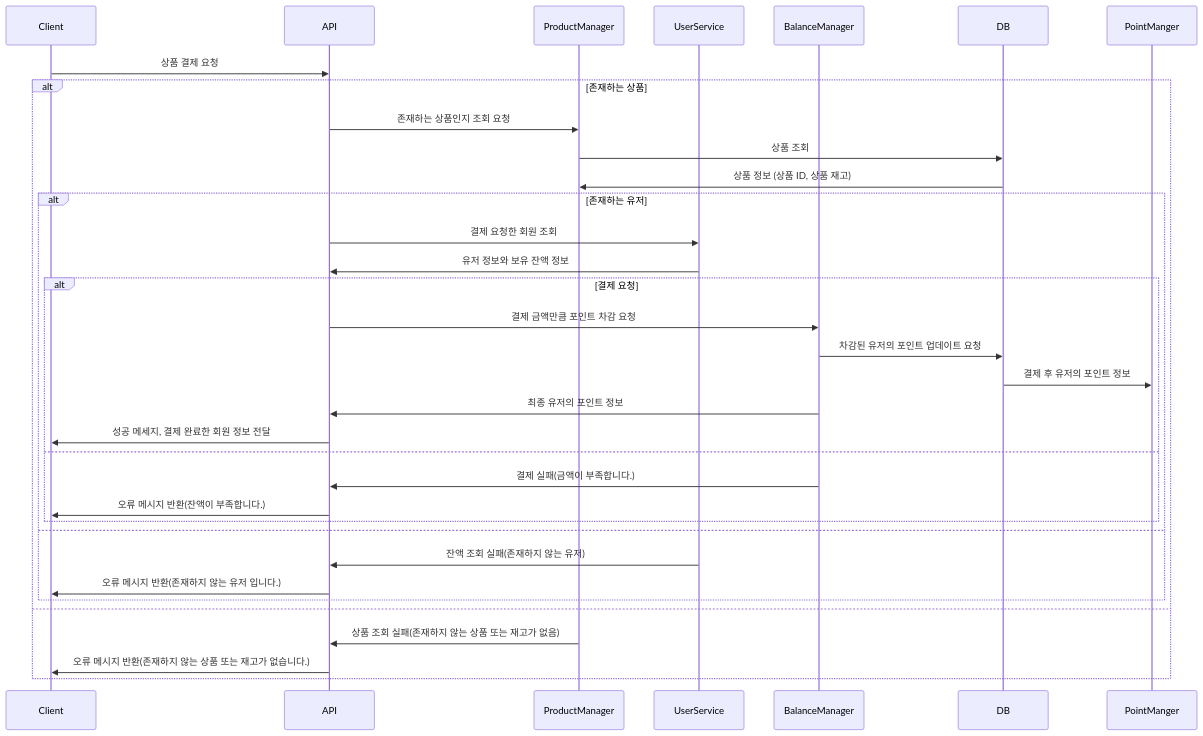
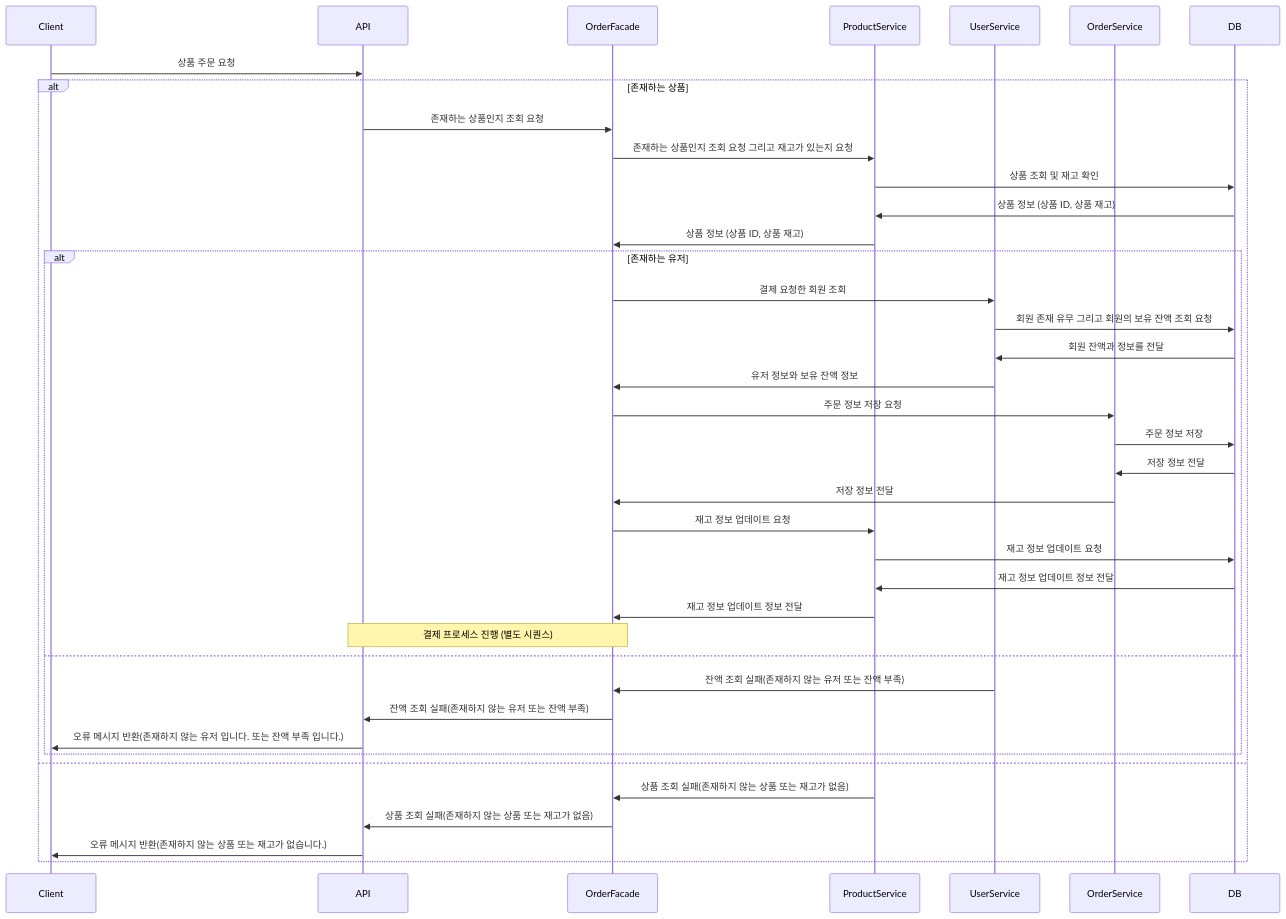
Before and after one commit to LeeJeongGi/hhplus-03-ecommerce: the fifth of 8 diagrams in docs/EventSequence.md, drawn with Mermaid. The commit also changed other lines of this file, not shown here.

Commit message:
feat : 이벤트 시퀀스 재정비, Facade 클래스 추가, Manager -> service 이름 수정, 주문,결제 API 두개로 분리

````diff
--- a/docs/EventSequence.md
+++ b/docs/EventSequence.md
@@ -109,41 +124,48 @@
 ```mermaid
 sequenceDiagram
     participant Client
     participant API
-    participant ProductManager
+    participant OrderFacade
+    participant ProductService
     participant UserService
-    participant BalanceManager
+    participant OrderService
     participant DB
     
-    Client ->> API: 상품 결제 요청
+    Client ->> API: 상품 주문 요청
     alt 존재하는 상품
     
-        API ->> ProductManager: 존재하는 상품인지 조회 요청
-        ProductManager ->> DB: 상품 조회
-        DB ->> ProductManager: 상품 정보 (상품 ID, 상품 재고)
+        API ->> OrderFacade: 존재하는 상품인지 조회 요청
+        OrderFacade ->> ProductService: 존재하는 상품인지 조회 요청 그리고 재고가 있는지 요청
+        ProductService ->> DB: 상품 조회 및 재고 확인
+        DB ->> ProductService: 상품 정보 (상품 ID, 상품 재고)
+        ProductService ->> OrderFacade: 상품 정보 (상품 ID, 상품 재고)
     
         alt 존재하는 유저
-            API ->> UserService: 결제 요청한 회원 조회
-            UserService ->> API: 유저 정보와 보유 잔액 정보
+            OrderFacade ->> UserService: 결제 요청한 회원 조회
+            UserService ->> DB: 회원 존재 유무 그리고 회원의 보유 잔액 조회 요청
+            DB ->> UserService: 회원 잔액과 정보를 전달
+            UserService ->> OrderFacade: 유저 정보와 보유 잔액 정보
             
-            alt 결제 요청
-                API ->> BalanceManager: 결제 금액만큼 포인트 차감 요청
-                BalanceManager ->> DB: 차감된 유저의 포인트 업데이트 요청
-                DB ->> PointManger: 결제 후 유저의 포인트 정보
-                BalanceManager ->> API: 최종 유저의 포인트 정보
-                API ->> Client: 성공 메세지, 결제 완료한 회원 정보 전달
-            else
-                BalanceManager ->> API: 결제 실패(금액이 부족합니다.)
-                API ->> Client: 오류 메시지 반환(잔액이 부족합니다.)
-            end
+            OrderFacade ->> OrderService: 주문 정보 저장 요청
+            OrderService ->> DB: 주문 정보 저장
+            DB ->> OrderService: 저장 정보 전달
+            OrderService ->> OrderFacade: 저장 정보 전달
+
+            OrderFacade ->> ProductService: 재고 정보 업데이트 요청
+            ProductService ->> DB: 재고 정보 업데이트 요청
+            DB ->> ProductService: 재고 정보 업데이트 정보 전달
+            ProductService ->> OrderFacade: 재고 정보 업데이트 정보 전달
+            
+            Note over OrderFacade,API: 결제 프로세스 진행 (별도 시퀀스)
             
         else
-            UserService ->> API: 잔액 조회 실패(존재하지 않는 유저)
-            API ->> Client: 오류 메시지 반환(존재하지 않는 유저 입니다.)
+            UserService ->> OrderFacade: 잔액 조회 실패(존재하지 않는 유저 또는 잔액 부족)
+            OrderFacade ->> API: 잔액 조회 실패(존재하지 않는 유저 또는 잔액 부족)
+            API ->> Client: 오류 메시지 반환(존재하지 않는 유저 입니다. 또는 잔액 부족 입니다.)
         end
     else
-        ProductManager ->> API: 상품 조회 실패(존재하지 않는 상품 또는 재고가 없음)
+        ProductService ->> OrderFacade: 상품 조회 실패(존재하지 않는 상품 또는 재고가 없음)
+        OrderFacade ->> API: 상품 조회 실패(존재하지 않는 상품 또는 재고가 없음)
         API ->> Client: 오류 메시지 반환(존재하지 않는 상품 또는 재고가 없습니다.)
     end
-    
 ```
````
